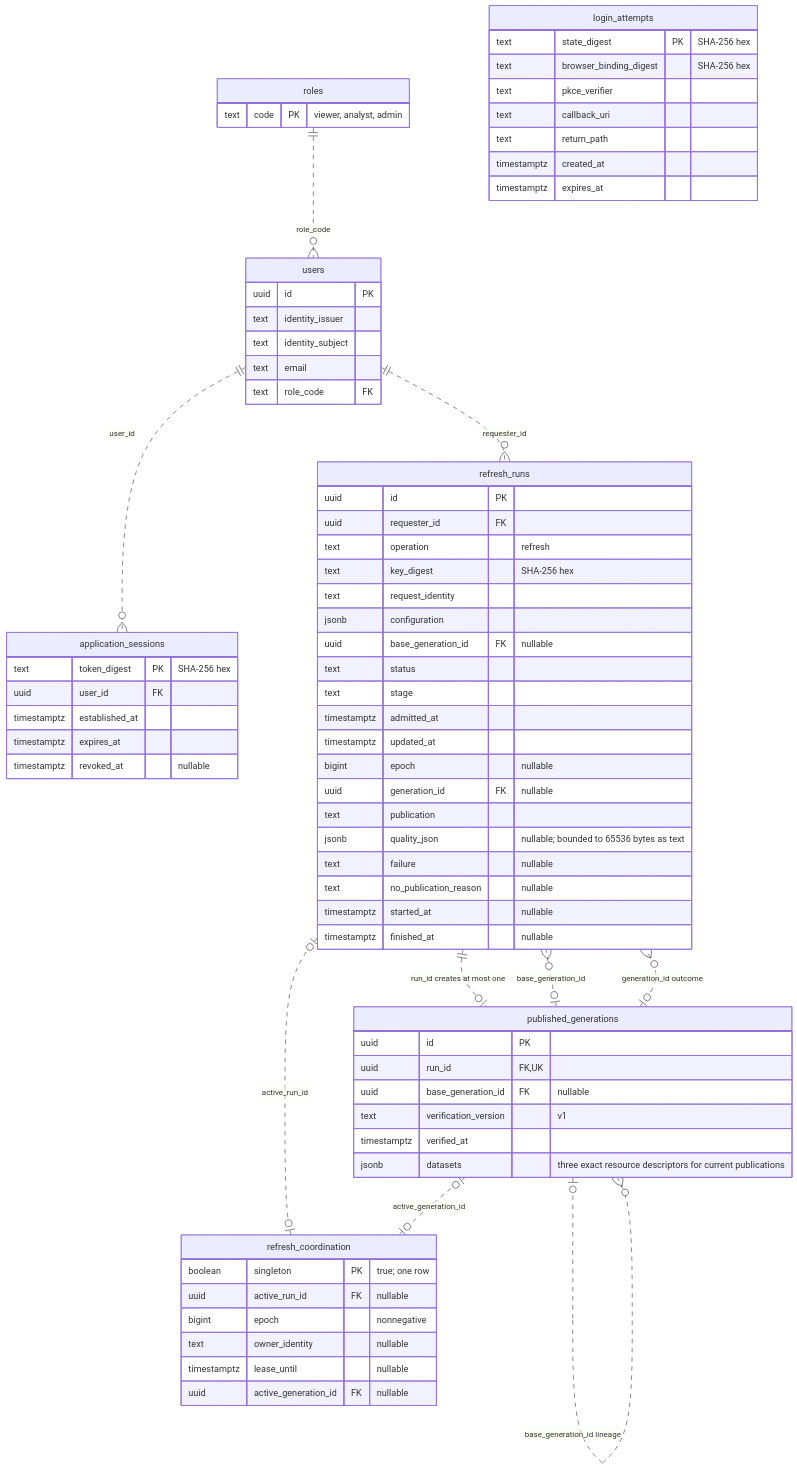
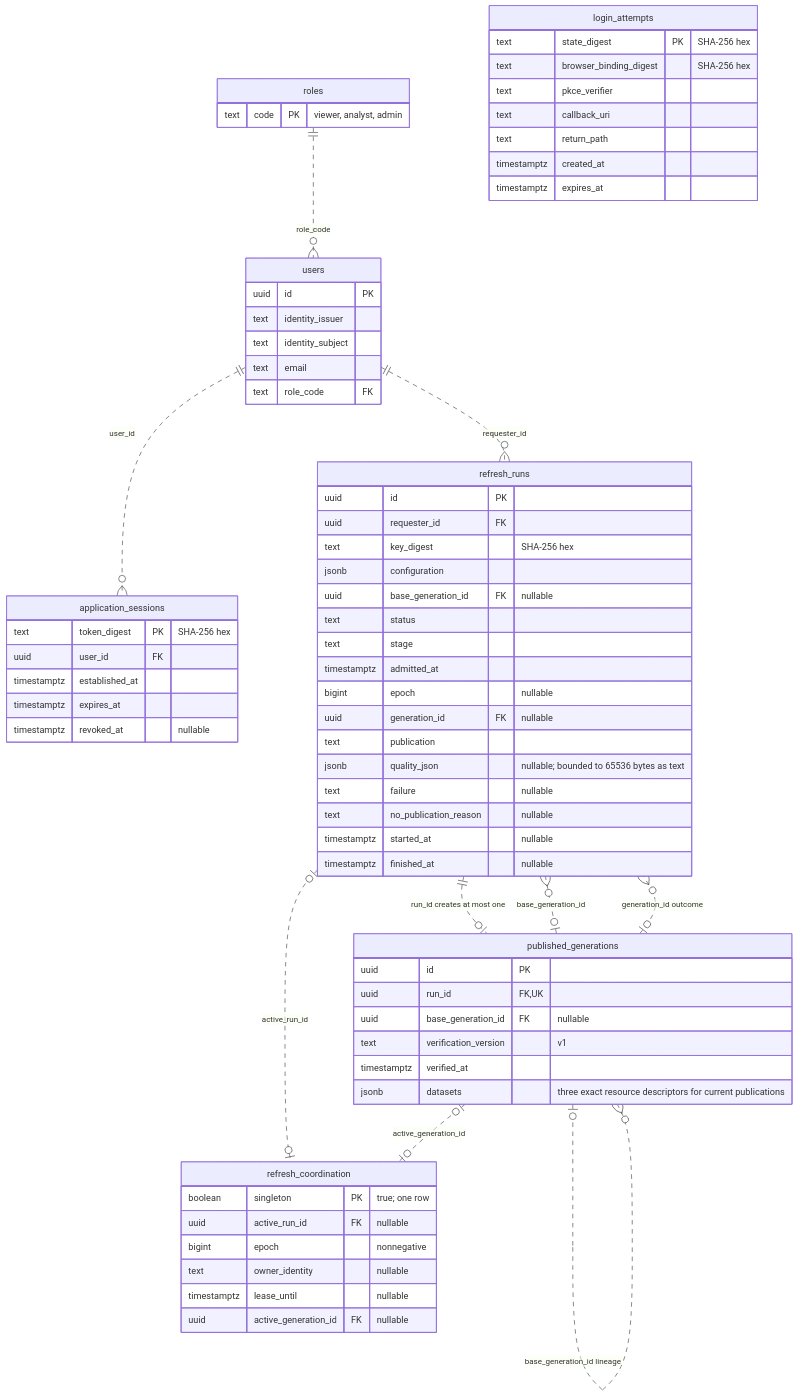
One commit to PedroEdu6786/outage-explorer changed the second of 2 diagrams in docs/context/data-model.md. Above: the diagram before and after it, drawn with Mermaid. The commit also changed other lines of this file and 16 other files, not shown here.

````diff
--- a/docs/context/data-model.md
+++ b/docs/context/data-model.md
@@ -145,75 +149,72 @@
 ```mermaid
 erDiagram
     roles {
         text code PK "viewer, analyst, admin"
     }
     users {
         uuid id PK
         text identity_issuer
         text identity_subject
         text email
         text role_code FK
     }
     application_sessions {
         text token_digest PK "SHA-256 hex"
         uuid user_id FK
         timestamptz established_at
         timestamptz expires_at
         timestamptz revoked_at "nullable"
     }
     login_attempts {
         text state_digest PK "SHA-256 hex"
         text browser_binding_digest "SHA-256 hex"
         text pkce_verifier
         text callback_uri
         text return_path
         timestamptz created_at
         timestamptz expires_at
     }
     refresh_runs {
         uuid id PK
         uuid requester_id FK
-        text operation "refresh"
         text key_digest "SHA-256 hex"
-        text request_identity
         jsonb configuration
         uuid base_generation_id FK "nullable"
         text status
         text stage
         timestamptz admitted_at
-        timestamptz updated_at
         bigint epoch "nullable"
         uuid generation_id FK "nullable"
         text publication
         jsonb quality_json "nullable; bounded to 65536 bytes as text"
         text failure "nullable"
         text no_publication_reason "nullable"
         timestamptz started_at "nullable"
         timestamptz finished_at "nullable"
     }
     published_generations {
         uuid id PK
         uuid run_id FK, UK
         uuid base_generation_id FK "nullable"
         text verification_version "v1"
         timestamptz verified_at
         jsonb datasets "three exact resource descriptors for current publications"
     }
     refresh_coordination {
         boolean singleton PK "true; one row"
         uuid active_run_id FK "nullable"
         bigint epoch "nonnegative"
         text owner_identity "nullable"
         timestamptz lease_until "nullable"
         uuid active_generation_id FK "nullable"
     }
     roles ||..o{ users : "role_code"
     users ||..o{ application_sessions : "user_id"
     users ||..o{ refresh_runs : "requester_id"
     refresh_runs ||..o| published_generations : "run_id creates at most one"
     published_generations |o..o{ refresh_runs : "base_generation_id"
     published_generations |o..o{ refresh_runs : "generation_id outcome"
     published_generations |o..o{ published_generations : "base_generation_id lineage"
     refresh_runs |o..o| refresh_coordination : "active_run_id"
     published_generations |o..o| refresh_coordination : "active_generation_id"
 ```
````
